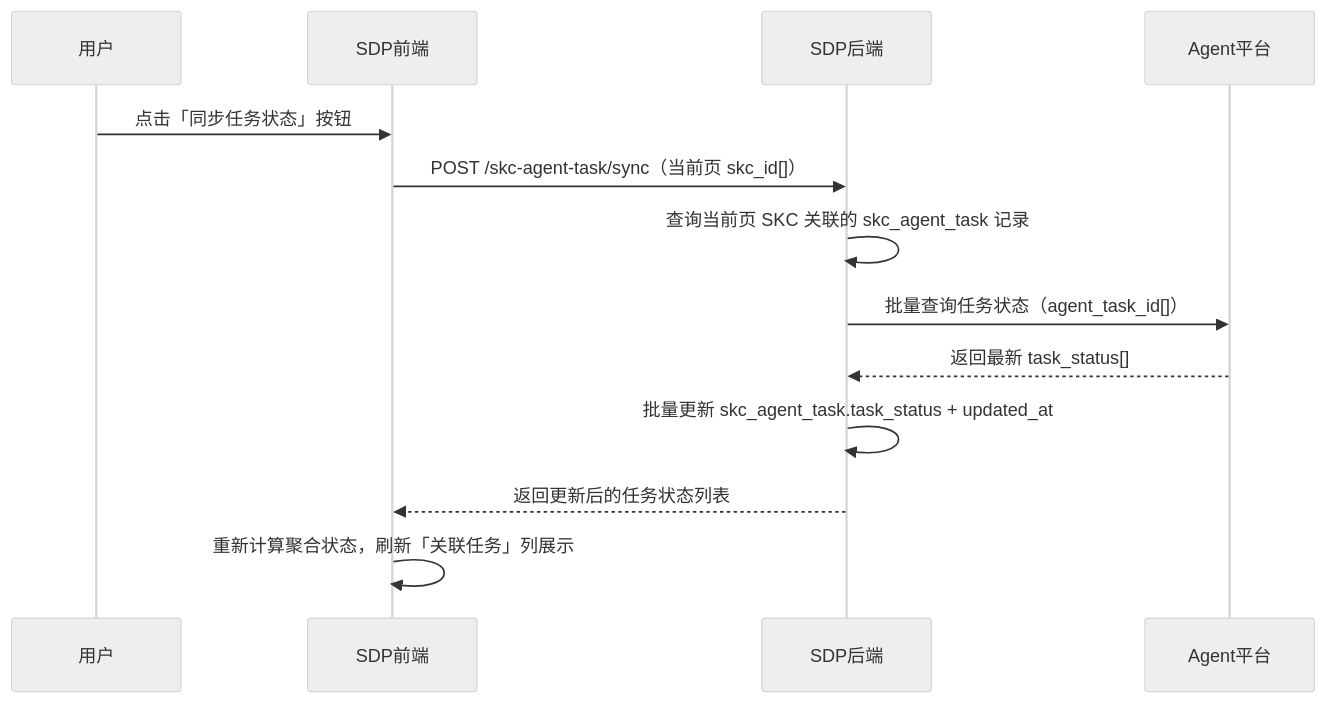
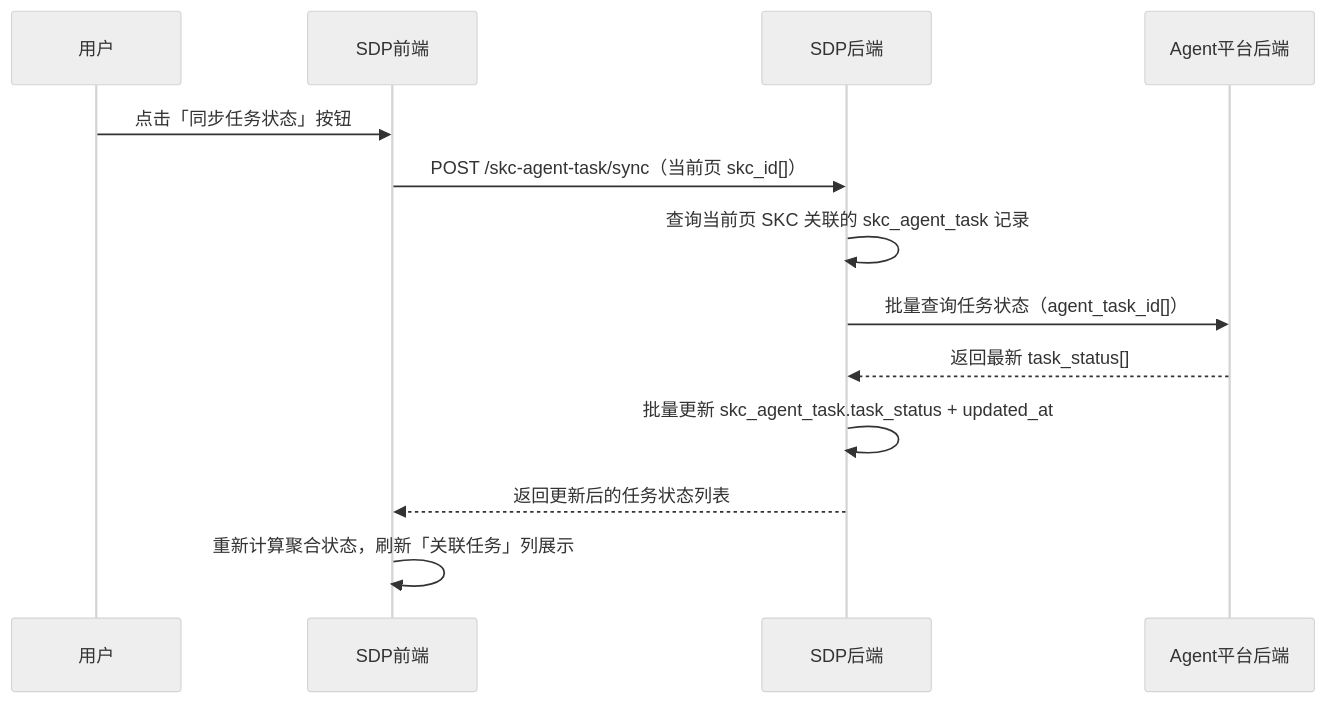
Before and after one commit to lin15622159201-arch/sdp-prd: the third of 3 diagrams in revisions/规划文档_v2.6.2_Agent智能编辑接入.md, drawn with Mermaid (neutral theme). The commit also changed other lines of this file and 8 other files, not shown here.

Commit message:
补充需求文档细节及截图

````diff
--- a/revisions/规划文档_v2.6.2_Agent智能编辑接入.md
+++ b/revisions/规划文档_v2.6.2_Agent智能编辑接入.md
@@ -125,16 +127,16 @@
 ```mermaid
 sequenceDiagram
     participant U as 用户
     participant FE as SDP前端
     participant BE as SDP后端
-    participant Agent as Agent平台
+    participant Agent as Agent平台后端
 
     U->>FE: 点击「同步任务状态」按钮
     FE->>BE: POST /skc-agent-task/sync（当前页 skc_id[]）
     BE->>BE: 查询当前页 SKC 关联的 skc_agent_task 记录
     BE->>Agent: 批量查询任务状态（agent_task_id[]）
     Agent-->>BE: 返回最新 task_status[]
     BE->>BE: 批量更新 skc_agent_task.task_status + updated_at
     BE-->>FE: 返回更新后的任务状态列表
     FE->>FE: 重新计算聚合状态，刷新「关联任务」列展示
 ```
````
